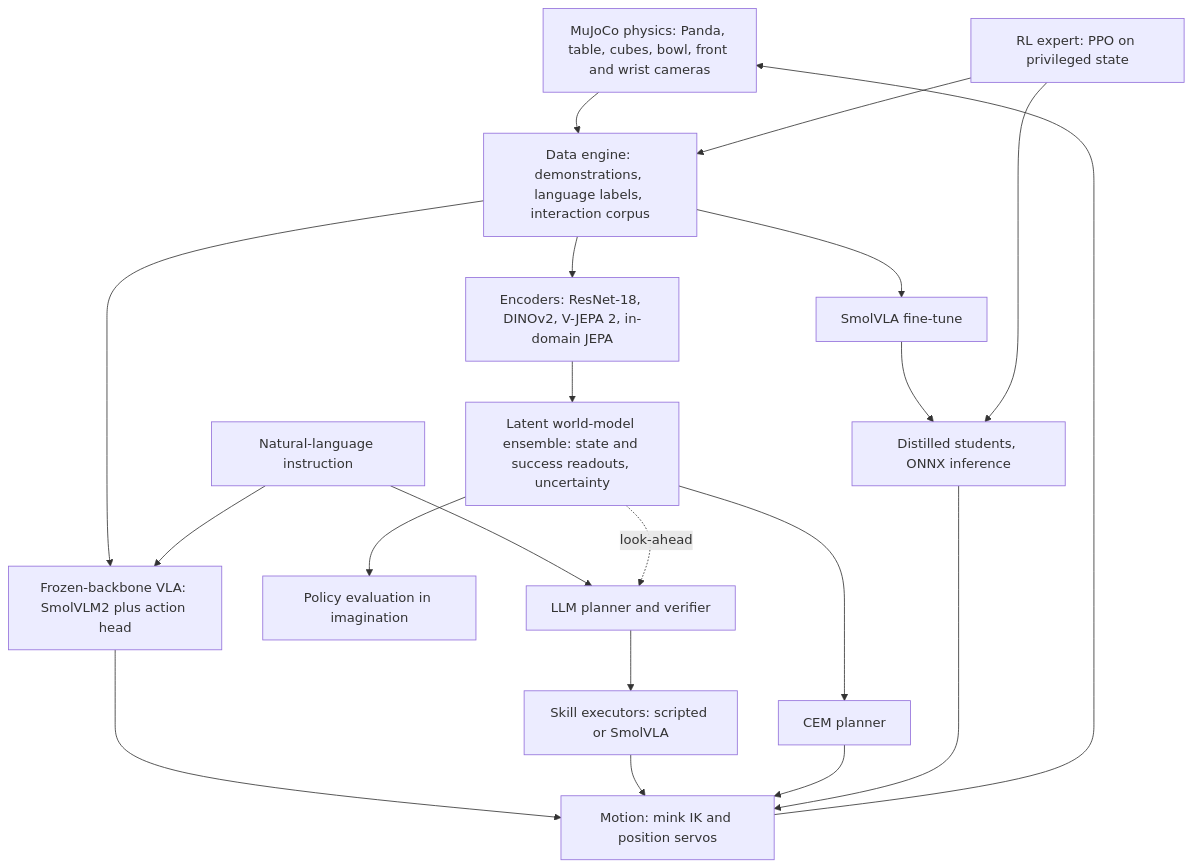
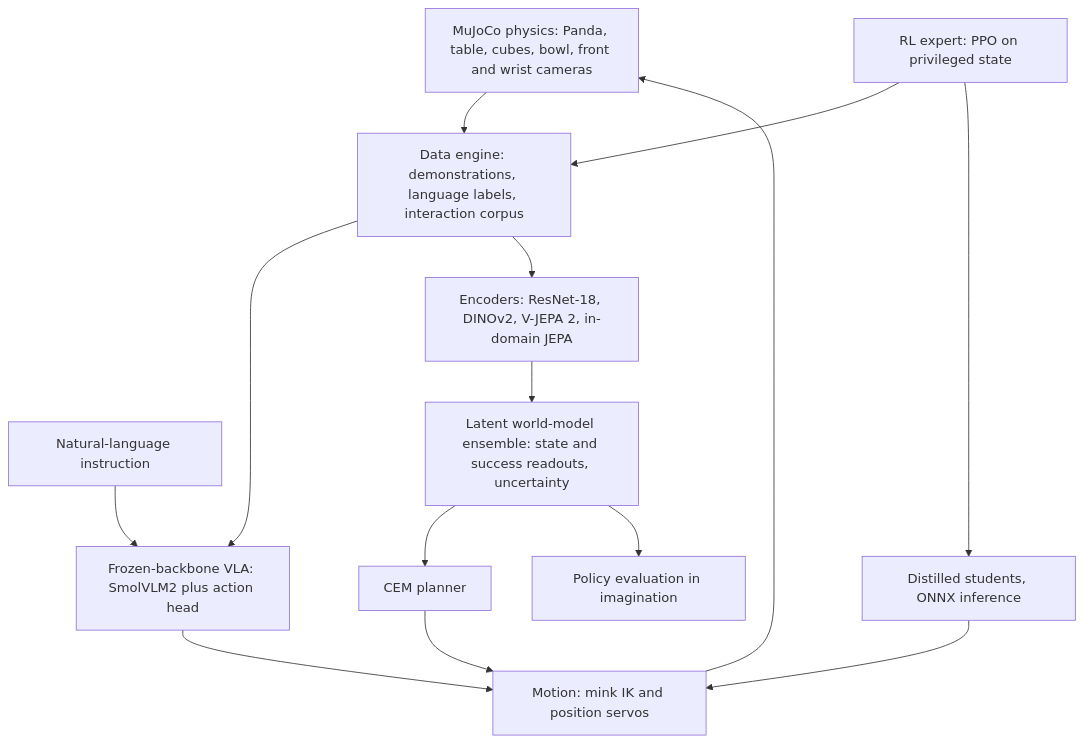
Before and after one commit to vabdollahi/blindspot: the diagram in docs/roadmap.md, drawn with Mermaid. The commit also changed other lines of this file and 7 other files, not shown here.

Commit message:
updating the roadmap

````diff
--- a/docs/roadmap.md
+++ b/docs/roadmap.md
@@ -63,22 +61,16 @@
 ```mermaid
 flowchart TB
     PH[MuJoCo physics: Panda, table, cubes, bowl, front and wrist cameras] --> DE[Data engine: demonstrations, language labels, interaction corpus]
     RL[RL expert: PPO on privileged state] --> DE
     DE --> BASICVLA[Frozen-backbone VLA: SmolVLM2 plus action head]
-    DE --> VLA[SmolVLA fine-tune]
     U[Natural-language instruction] --> BASICVLA
     BASICVLA --> CT
     DE --> ENC[Encoders: ResNet-18, DINOv2, V-JEPA 2, in-domain JEPA]
     ENC --> WM[Latent world-model ensemble: state and success readouts, uncertainty]
     WM --> PLN[CEM planner]
     WM --> PE[Policy evaluation in imagination]
-    VLA --> ST[Distilled students, ONNX inference]
-    RL --> ST
-    U --> AG[LLM planner and verifier]
-    AG --> EX[Skill executors: scripted or SmolVLA]
-    WM -. look-ahead .-> AG
-    EX --> CT[Motion: mink IK and position servos]
-    PLN --> CT
+    RL --> ST[Distilled students, ONNX inference]
+    PLN --> CT[Motion: mink IK and position servos]
     ST --> CT
     CT --> PH
 ```
````
